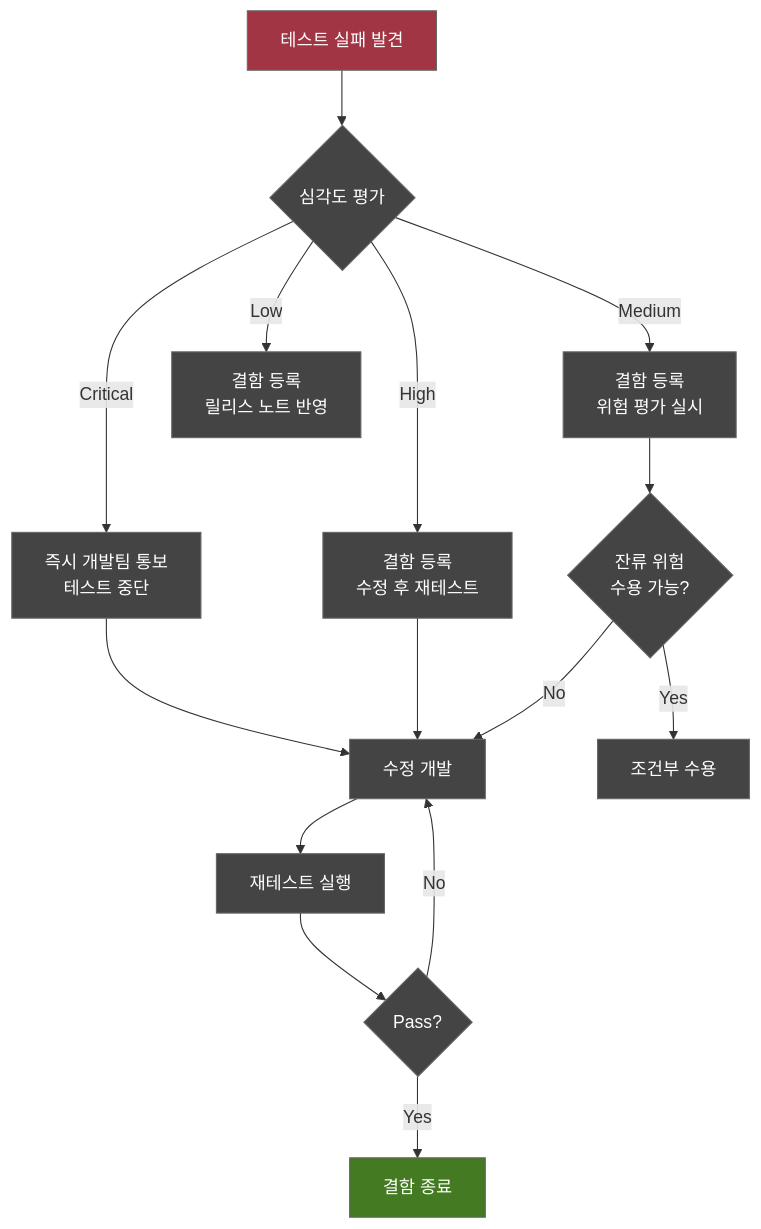
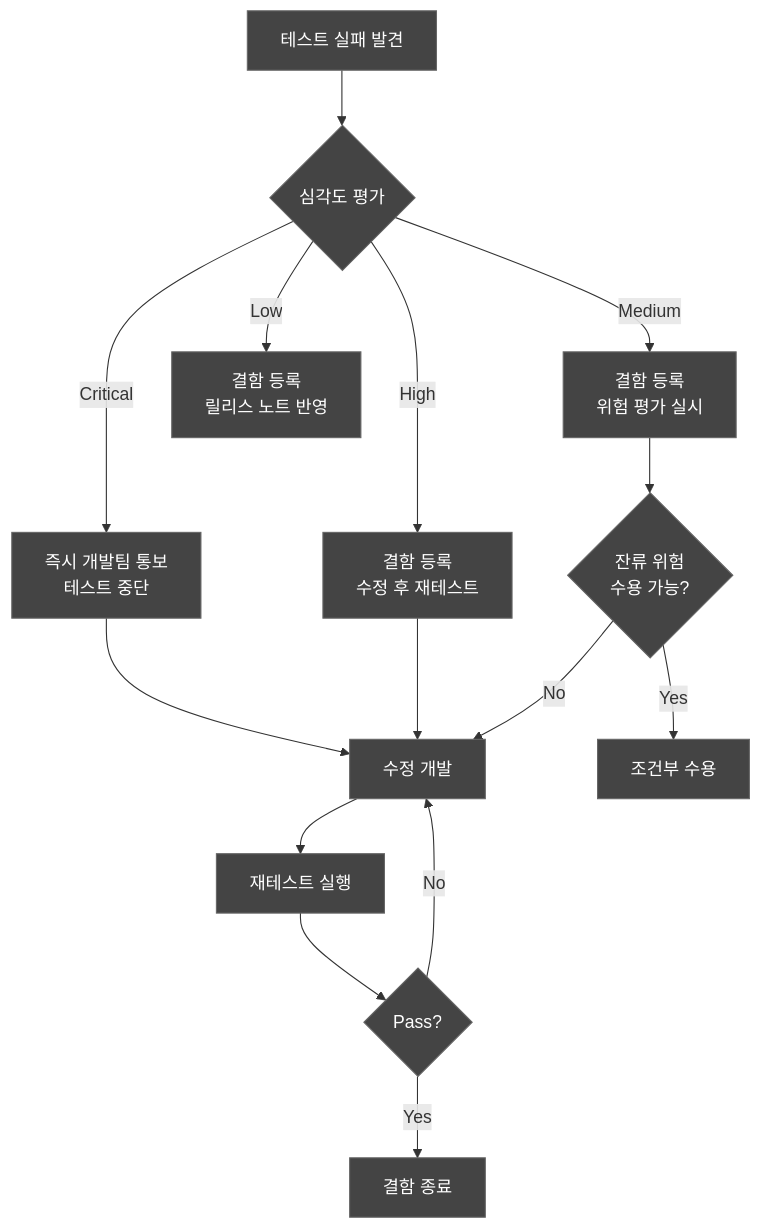
The fourth of 5 diagrams in docs/testing/DOC-018_CyberTestPlan_v1.0.md (holee9/console-gui), drawn with Mermaid before and after one commit. The commit also changed other lines of this file and 35 other files, not shown here.

First line of the commit message:
fix: 전체 Mermaid 차트 색상 진한 회색 통일

````diff
--- a/docs/testing/DOC-018_CyberTestPlan_v1.0.md
+++ b/docs/testing/DOC-018_CyberTestPlan_v1.0.md
@@ -364,21 +364,21 @@
 ```mermaid
 flowchart TD
     classDef default fill:#444,stroke:#666,color:#fff
     FAIL[테스트 실패 발견] --> SEV{심각도 평가}
     SEV -->|Critical| C1[즉시 개발팀 통보<br/>테스트 중단]
     SEV -->|High| C2[결함 등록<br/>수정 후 재테스트]
     SEV -->|Medium| C3[결함 등록<br/>위험 평가 실시]
     SEV -->|Low| C4[결함 등록<br/>릴리스 노트 반영]
     C1 --> FIX[수정 개발]
     C2 --> FIX
     FIX --> RETEST[재테스트 실행]
     RETEST --> VERIFY{Pass?}
     VERIFY -->|Yes| CLOSE[결함 종료]
     VERIFY -->|No| FIX
     C3 --> RA{잔류 위험<br/>수용 가능?}
     RA -->|Yes| ACCEPT[조건부 수용]
     RA -->|No| FIX
     
-    style FAIL fill:#A13544,color:#fff
-    style CLOSE fill:#437A22,color:#fff
+    style FAIL fill:#444,color:#fff
+    style CLOSE fill:#444,color:#fff
 ```
````
